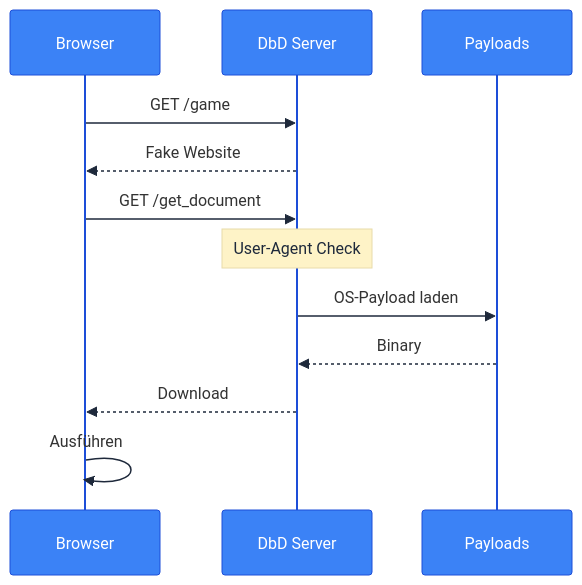
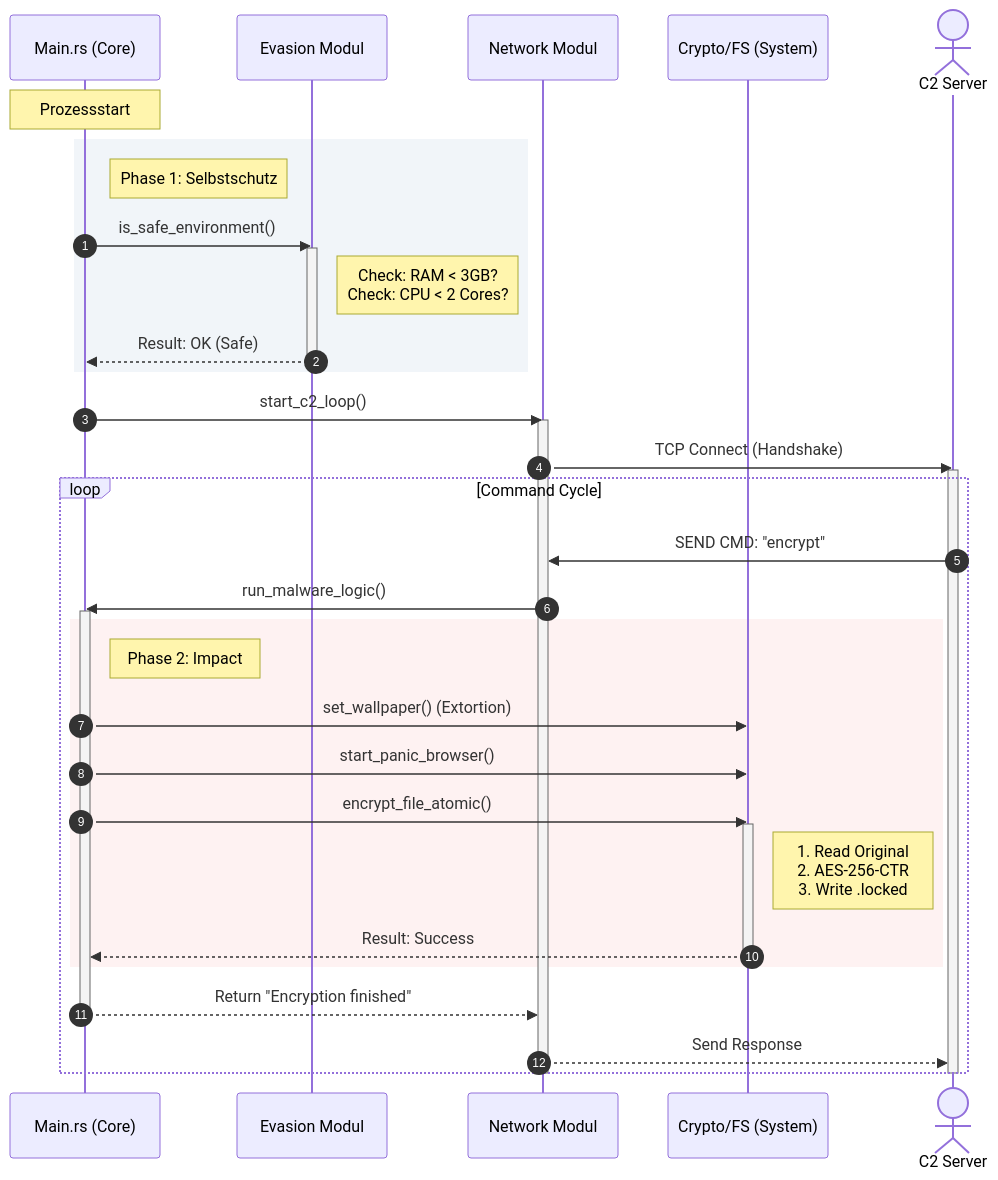
The diagram in presentation/diagrams/03_drive_by_download.mmd (TimBLukas/rust-mw), drawn with Mermaid before and after one commit. The commit also changed 4 other files, not shown here.

```diff
--- a/presentation/diagrams/03_drive_by_download.mmd
+++ b/presentation/diagrams/03_drive_by_download.mmd
@@ -1,15 +1,77 @@
-%%{init: {'theme': 'base', 'themeVariables': { 'primaryColor': '#3b82f6', 'actorBkg': '#3b82f6', 'actorTextColor': '#fff', 'actorBorder': '#1d4ed8', 'signalColor': '#1e293b', 'noteBkgColor': '#fef3c7', 'noteTextColor': '#1e293b', 'fontSize': '16px'}, 'sequence': {'actorFontSize': 18, 'messageFontSize': 16, 'noteFontSize': 14}}}%%
+%%{init: {
+  'theme': 'base',
+  'themeVariables': {
+    'primaryColor': '#e2e8f0',
+    'primaryTextColor': '#0f172a',
+    'primaryBorderColor': '#475569',
+    'lineColor': '#334155',
+    'secondaryColor': '#f1f5f9',
+    'tertiaryColor': '#ffffff',
+    'noteBkgColor': '#fff1f2', 
+    'noteTextColor': '#881337',
+    'noteBorderColor': '#e11d48',
+    'actorBkg': '#f8fafc',
+    'actorBorder': '#0f172a',
+    'actorTextColor': '#0f172a',
+    'activationBkgColor': '#3b82f6',
+    'sequenceNumberColor': '#ffffff',
+    'fontSize': '16px',
+    'fontFamily': 'Consolas, "Courier New", monospace'
+  }
+}}%%
 
 sequenceDiagram
-    participant V as Browser
-    participant S as DbD Server
-    participant P as Payloads
+    autonumber
+    %% Akteure
+    participant M as Main.rs (Core)
+    participant E as Evasion Modul
+    participant N as Network Modul
+    participant FS as Crypto/FS (System)
+    actor C2 as C2 Server
 
-    V->>S: GET /game
-    S-->>V: Fake Website
-    V->>S: GET /get_document
-    Note over S: User-Agent Check
-    S->>P: OS-Payload laden
-    P-->>S: Binary
-    S-->>V: Download
-    V->>V: Ausführen
+    Note over M: Prozessstart
+
+    %% 1. Evasion Phase (Kühles Grau-Blau)
+    rect rgb(241, 245, 249)
+        Note right of M: Phase 1: Selbstschutz
+        M->>E: is_safe_environment()
+        activate E
+        Note right of E: Check: RAM < 3GB?<br/>Check: CPU < 2 Cores?
+        E-->>M: Result: OK (Safe)
+        deactivate E
+    end
+
+    %% 2. Connection Phase
+    M->>N: start_c2_loop()
+    activate N
+    N->>C2: TCP Connect (Handshake)
+    activate C2
+
+    %% 3. Loop Phase
+    loop Command Cycle
+        C2->>N: SEND CMD: "encrypt"
+        
+        N->>M: run_malware_logic()
+        activate M
+        
+        %% Impact & Encryption (Alarmierendes Rot, aber weich)
+        rect rgb(254, 242, 242)
+            Note right of M: Phase 2: Impact
+            M->>FS: set_wallpaper() (Extortion)
+            M->>FS: start_panic_browser()
+            
+            M->>FS: encrypt_file_atomic()
+            activate FS
+            Note right of FS: 1. Read Original<br/>2. AES-256-CTR<br/>3. Write .locked
+            FS-->>M: Result: Success
+            deactivate FS
+        end
+
+        M-->>N: Return "Encryption finished"
+        deactivate M
+        
+        N-->>C2: Send Response
+    end
+    
+    deactivate C2
+    deactivate N
```
